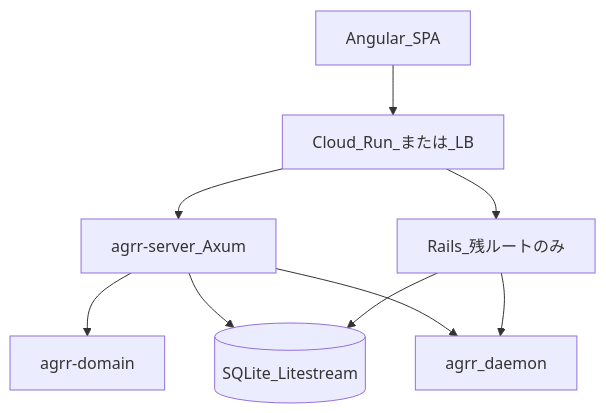
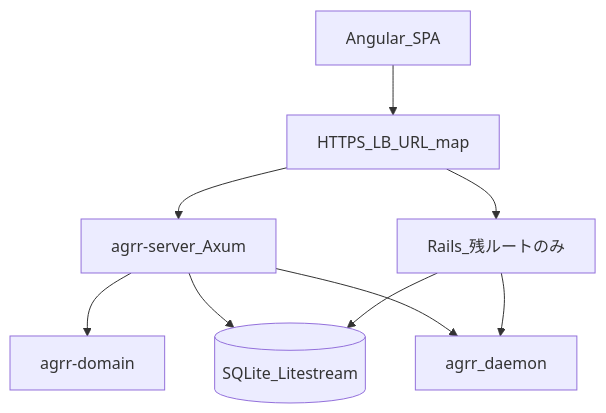
Before and after one commit to rick-chick/agrr: the diagram in docs/migration/app-rust-stack/PROVISIONAL-STACK.md, drawn with Mermaid. The commit also changed other lines of this file and 231 other files, not shown here.

````diff
--- a/docs/migration/app-rust-stack/PROVISIONAL-STACK.md
+++ b/docs/migration/app-rust-stack/PROVISIONAL-STACK.md
@@ -230,19 +230,19 @@
 ```mermaid
 flowchart TB
   User[Angular_SPA]
-  LB[Cloud_Run_または_LB]
+  LB[HTTPS_LB_URL_map]
   Rust[agrr-server_Axum]
   Rails[Rails_残ルートのみ]
   Domain[agrr-domain]
   DB[(SQLite_Litestream)]
   Agrr[agrr_daemon]
 
   User --> LB
   LB --> Rust
   LB --> Rails
   Rust --> Domain
   Rust --> DB
   Rust --> Agrr
   Rails --> DB
   Rails --> Agrr
 ```
````
